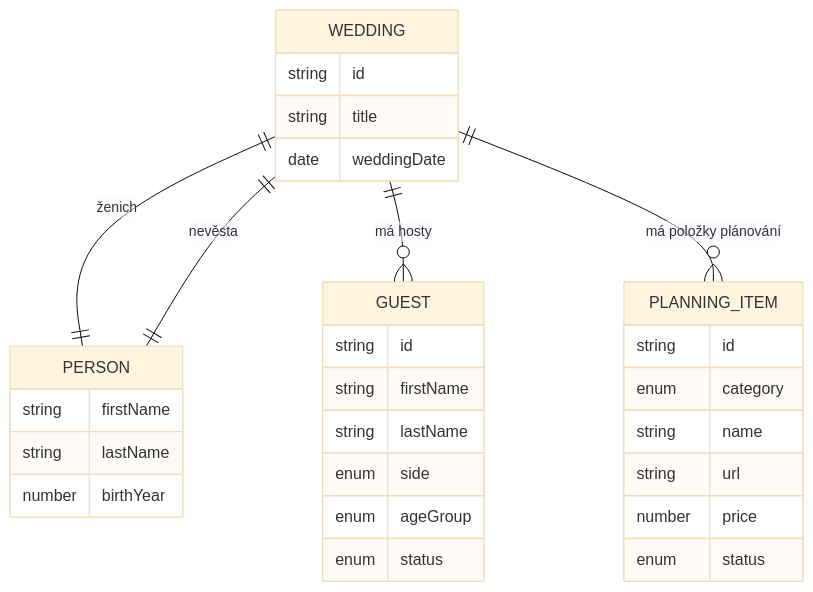
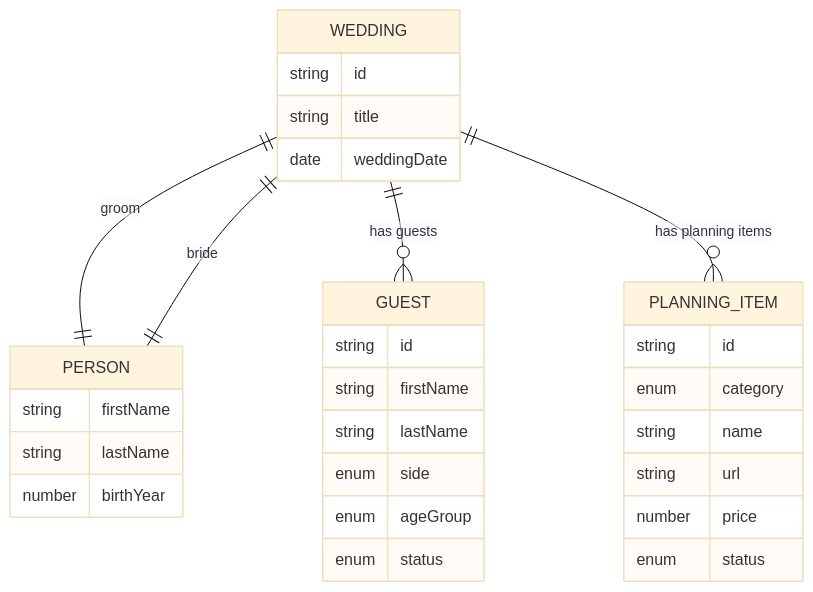
One commit to iziqq/fridrich.cloud changed the first of 2 diagrams in doc/raw/iziweddySpec.md. Above: the diagram before and after it, drawn with Mermaid (base theme). The commit also changed other lines of this file and 160 other files, not shown here.

````diff
--- a/doc/raw/iziweddySpec.md
+++ b/doc/raw/iziweddySpec.md
@@ -141,34 +143,34 @@
 ```mermaid
 erDiagram
-    WEDDING ||--|| PERSON : "ženich"
-    WEDDING ||--|| PERSON : "nevěsta"
-    WEDDING ||--o{ GUEST : "má hosty"
-    WEDDING ||--o{ PLANNING_ITEM : "má položky plánování"
+    WEDDING ||--|| PERSON : "groom"
+    WEDDING ||--|| PERSON : "bride"
+    WEDDING ||--o{ GUEST : "has guests"
+    WEDDING ||--o{ PLANNING_ITEM : "has planning items"
 
     WEDDING {
         string id
         string title
         date weddingDate
     }
     PERSON {
         string firstName
         string lastName
         number birthYear
     }
     GUEST {
         string id
         string firstName
         string lastName
         enum side
         enum ageGroup
         enum status
     }
     PLANNING_ITEM {
         string id
         enum category
         string name
         string url
         number price
         enum status
     }
 ```
````
